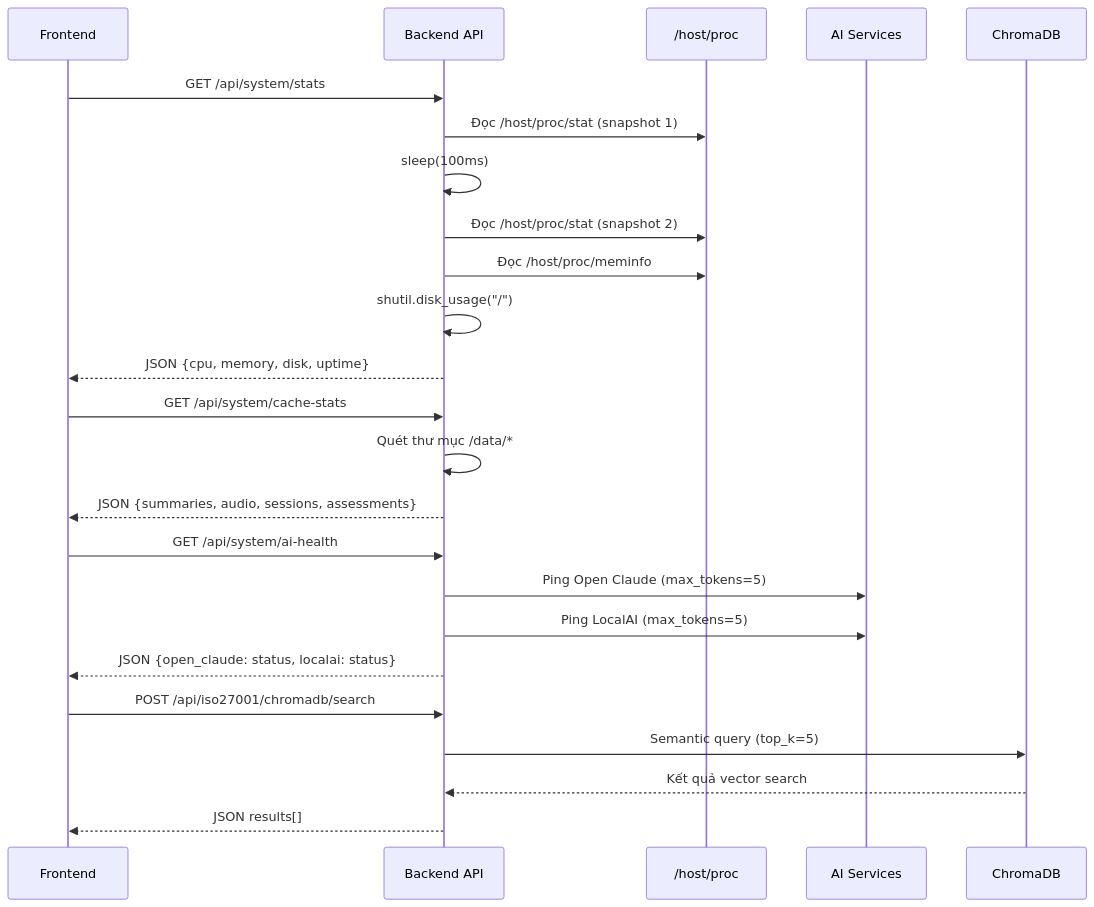
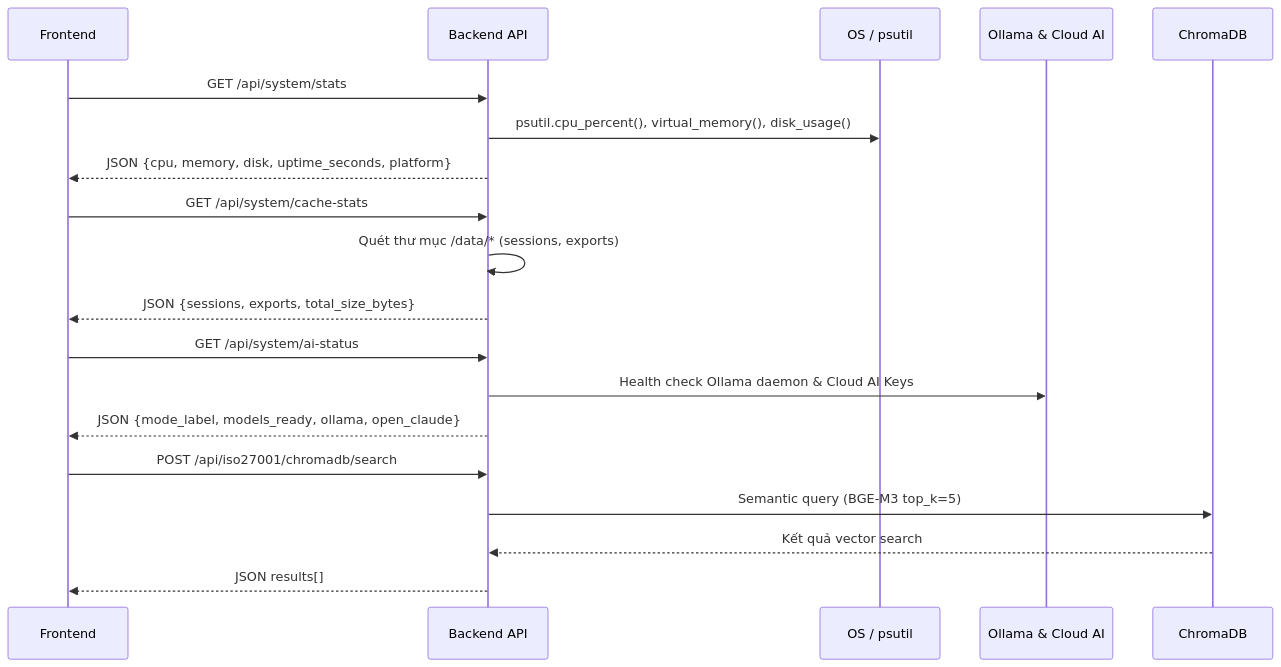
One commit to NghiaDinh03/CyberAI-Assessment-project changed the second of 7 diagrams in docs/vi/analytics_monitoring.md. Above: the diagram before and after it, drawn with Mermaid. The commit also changed other lines of this file and 94 other files, not shown here.

Commit message:
feat(pipeline): standardize unified assessment schema, runtime audit telemetry, masked evidence manifests, and artifact consistency validation

````diff
--- a/docs/vi/analytics_monitoring.md
+++ b/docs/vi/analytics_monitoring.md
@@ -76,30 +76,25 @@
 ```mermaid
 sequenceDiagram
     participant FE as Frontend
     participant API as Backend API
-    participant PROC as /host/proc
-    participant AI as AI Services
+    participant OS as OS / psutil
+    participant AI as Ollama & Cloud AI
     participant DB as ChromaDB
 
     FE->>API: GET /api/system/stats
-    API->>PROC: Đọc /host/proc/stat (snapshot 1)
-    API->>API: sleep(100ms)
-    API->>PROC: Đọc /host/proc/stat (snapshot 2)
-    API->>PROC: Đọc /host/proc/meminfo
-    API->>API: shutil.disk_usage("/")
-    API-->>FE: JSON {cpu, memory, disk, uptime}
+    API->>OS: psutil.cpu_percent(), virtual_memory(), disk_usage()
+    API-->>FE: JSON {cpu, memory, disk, uptime_seconds, platform}
 
     FE->>API: GET /api/system/cache-stats
-    API->>API: Quét thư mục /data/*
-    API-->>FE: JSON {summaries, audio, sessions, assessments}
+    API->>API: Quét thư mục /data/* (sessions, exports)
+    API-->>FE: JSON {sessions, exports, total_size_bytes}
 
-    FE->>API: GET /api/system/ai-health
-    API->>AI: Ping Open Claude (max_tokens=5)
-    API->>AI: Ping LocalAI (max_tokens=5)
-    API-->>FE: JSON {open_claude: status, localai: status}
+    FE->>API: GET /api/system/ai-status
+    API->>AI: Health check Ollama daemon & Cloud AI Keys
+    API-->>FE: JSON {mode_label, models_ready, ollama, open_claude}
 
     FE->>API: POST /api/iso27001/chromadb/search
-    API->>DB: Semantic query (top_k=5)
+    API->>DB: Semantic query (BGE-M3 top_k=5)
     DB-->>API: Kết quả vector search
     API-->>FE: JSON results[]
 ```
````
